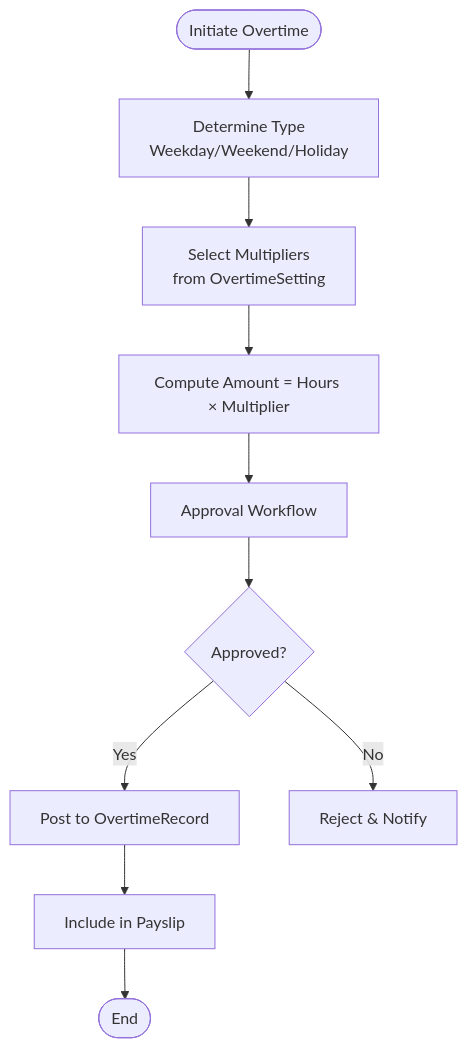
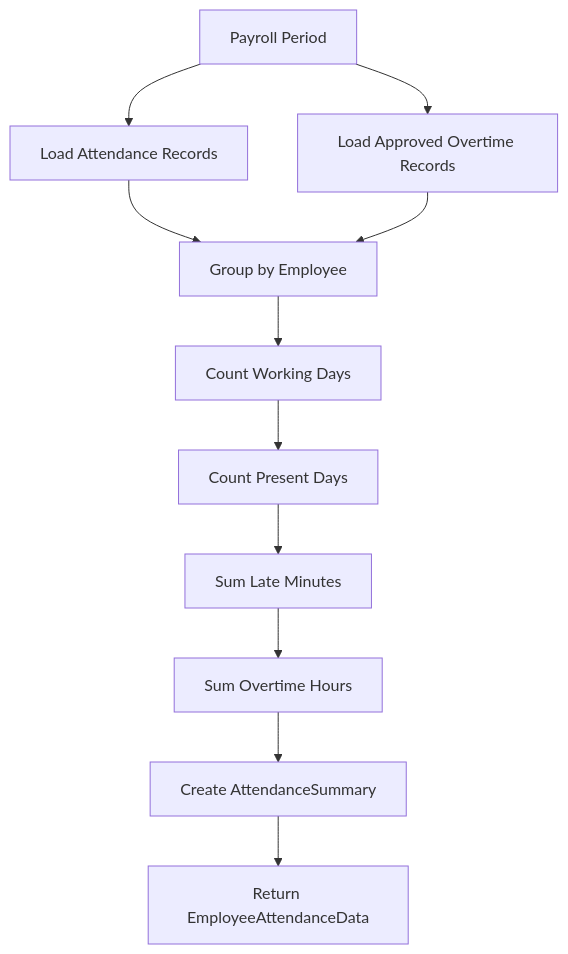
The seventh of 8 diagrams in .qoder/repowiki/en/content/Attendance & Overtime.md (bikinaplikasipakeqoder-dot/payroll-hris), drawn with Mermaid before and after one commit. The commit also changed other lines of this file and 22 other files, not shown here.

Commit message:
feat: show monthly attendance summary per employee with detail modal

````diff
--- a/.qoder/repowiki/en/content/Attendance & Overtime.md
+++ b/.qoder/repowiki/en/content/Attendance & Overtime.md
@@ -386,12 +421,13 @@
 ```mermaid
 flowchart TD
-Init(["Initiate Overtime"]) --> Type["Determine Type<br/>Weekday/Weekend/Holiday"]
-Type --> Multiplier["Select Multipliers<br/>from OvertimeSetting"]
-Multiplier --> Calc["Compute Amount = Hours × Multiplier"]
-Calc --> Approve["Approval Workflow"]
-Approve --> Approved{"Approved?"}
-Approved --> |Yes| Post["Post to OvertimeRecord"]
-Approved --> |No| Reject["Reject & Notify"]
-Post --> Payroll["Include in Payslip"]
-Payroll --> End(["End"])
+Period["Payroll Period"] --> LoadAtt["Load Attendance Records"]
+Period --> LoadOT["Load Approved Overtime Records"]
+LoadAtt --> GroupEmp["Group by Employee"]
+LoadOT --> GroupEmp
+GroupEmp --> SumWorkingDays["Count Working Days"]
+SumWorkingDays --> SumPresent["Count Present Days"]
+SumPresent --> SumLate["Sum Late Minutes"]
+SumLate --> SumOT["Sum Overtime Hours"]
+SumOT --> CreateSummary["Create AttendanceSummary"]
+CreateSummary --> Result["Return EmployeeAttendanceData"]
 ```
````
